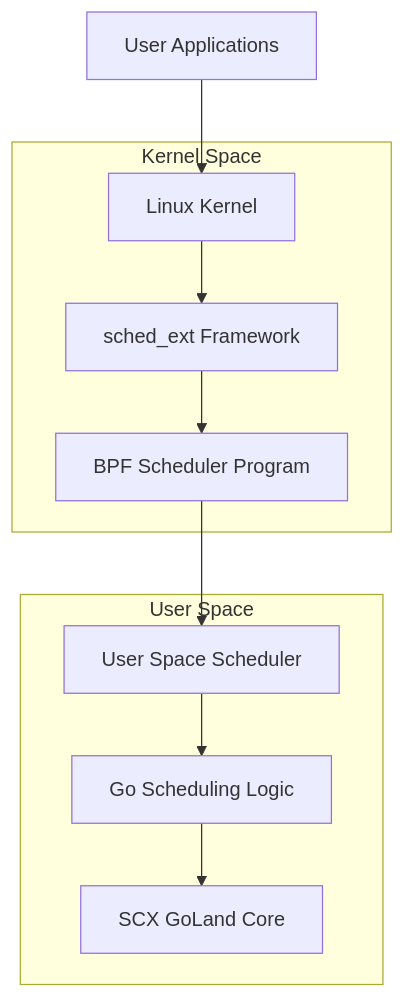
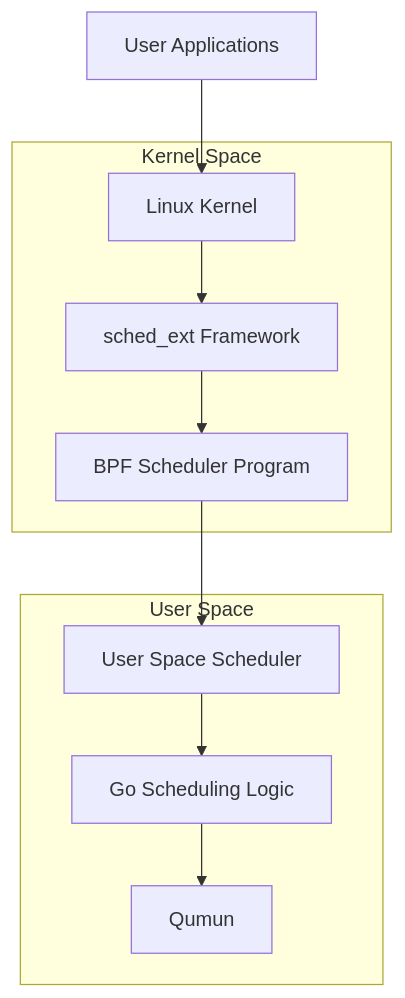
Before and after one commit to Gthulhu/docs: the second of 2 diagrams in docs/index.md, drawn with Mermaid. The commit also changed other lines of this file and 29 other files, not shown here.

````diff
--- a/docs/index.md
+++ b/docs/index.md
@@ -55,21 +54,21 @@
 ```mermaid
 graph TB
     A[User Applications] --> B[Linux Kernel]
     B --> C[sched_ext Framework]
     C --> D[BPF Scheduler Program]
     D --> E[User Space Scheduler]
     E --> F[Go Scheduling Logic]
-    F --> G[SCX GoLand Core]
+    F --> G[Qumun]
     
     subgraph "Kernel Space"
         B
         C
         D
     end
     
     subgraph "User Space"
         E
         F
         G
     end
 ```
````
